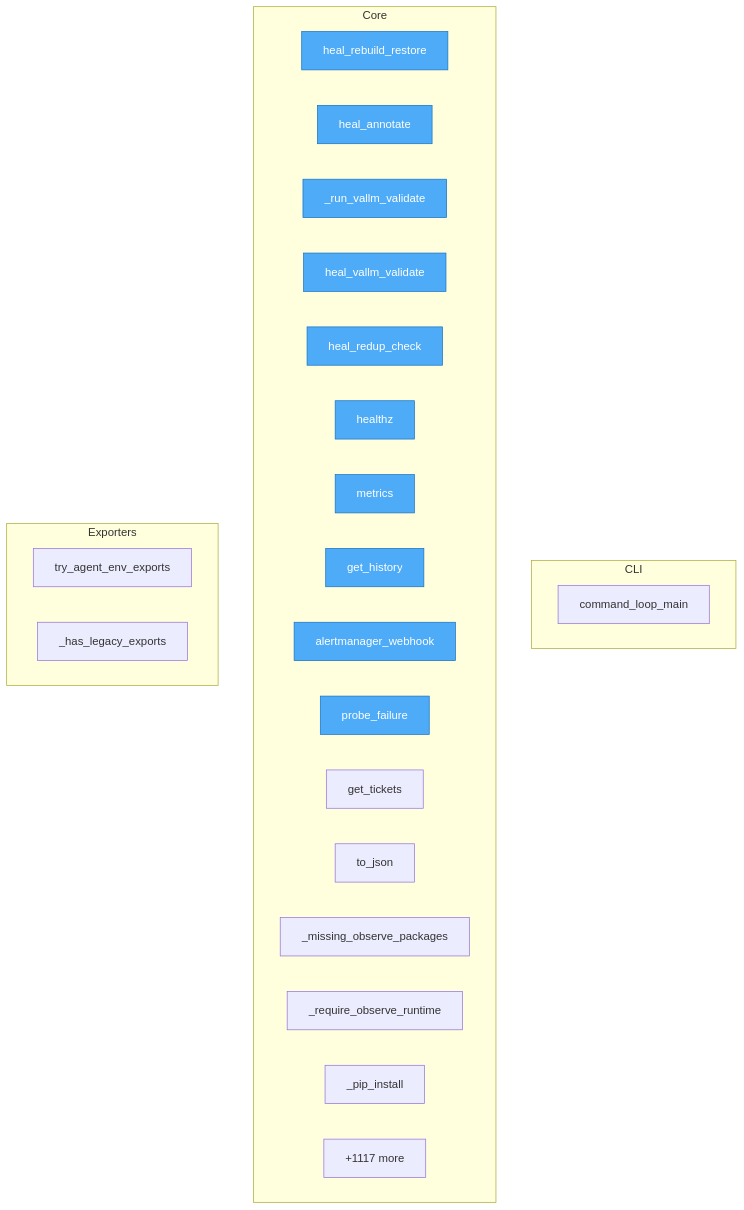
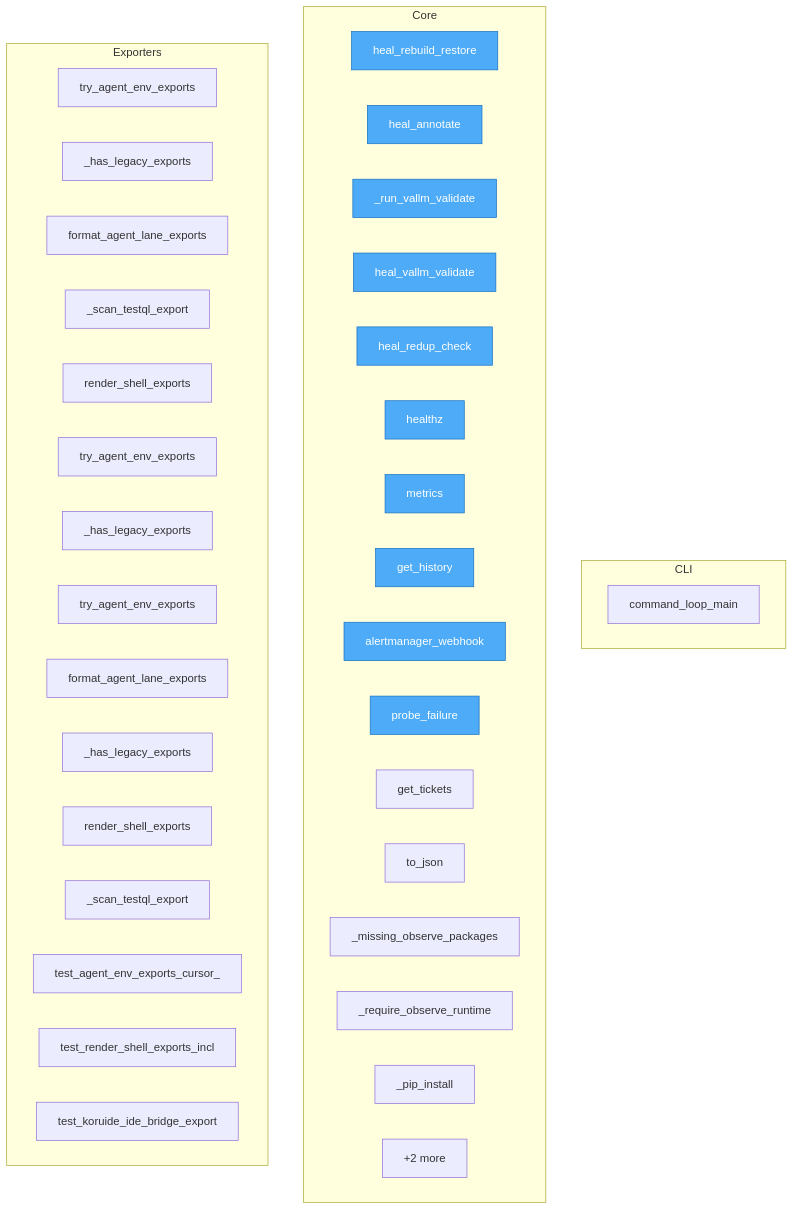
Before and after one commit to semcod/koru: the diagram in project/flow.mmd, drawn with Mermaid. The commit also changed 30 other files, not shown here.

```diff
--- a/project/flow.mmd
+++ b/project/flow.mmd
@@ -1,35 +1,48 @@
 flowchart TD
-%% generated in 0.09s
 
     %% Entry points (blue)
     classDef entry fill:#4dabf7,stroke:#1971c2,color:#fff
 
     subgraph CLI
         koru__cli_loop__command_loop_main["command_loop_main"]
     end
 
     subgraph Core
         services__healing_webhook__app__heal_rebuild_restore["heal_rebuild_restore"]
         services__healing_webhook__app__heal_annotate["heal_annotate"]
         services__healing_webhook__app___run_vallm_validate["_run_vallm_validate"]
         services__healing_webhook__app__heal_vallm_validate["heal_vallm_validate"]
         services__healing_webhook__app__heal_redup_check["heal_redup_check"]
         services__healing_webhook__app__healthz["healthz"]
         services__healing_webhook__app__metrics["metrics"]
         services__healing_webhook__app__get_history["get_history"]
         services__healing_webhook__app__alertmanager_webhook["alertmanager_webhook"]
         services__healing_webhook__app__probe_failure["probe_failure"]
         services__healing_webhook__app__get_tickets["get_tickets"]
         src__koruobserve__lifecycle__ObserveProcesses__to_json["to_json"]
         src__koruobserve__cli___missing_observe_packages["_missing_observe_packages"]
         src__koruobserve__cli___require_observe_runtime["_require_observe_runtime"]
         src__koruobserve__cli___pip_install["_pip_install"]
-        ...["+1117 more"]
+        ...["+6143 more"]
     end
 
     subgraph Exporters
         src__koru__agent_cli_helpers__try_agent_env_exports["try_agent_env_exports"]
         src__koru__cli___has_legacy_exports["_has_legacy_exports"]
+        code2llm_output__map__toon__format_agent_lane_exports["format_agent_lane_exports"]
+        code2llm_output__map__toon___scan_testql_export["_scan_testql_export"]
+        code2llm_output__map__toon__render_shell_exports["render_shell_exports"]
+        code2llm_output__map__toon__try_agent_env_exports["try_agent_env_exports"]
+        code2llm_output__map__toon___has_legacy_exports["_has_legacy_exports"]
+        project__map__toon__try_agent_env_exports["try_agent_env_exports"]
+        project__map__toon__format_agent_lane_exports["format_agent_lane_exports"]
+        project__map__toon___has_legacy_exports["_has_legacy_exports"]
+        project__map__toon__render_shell_exports["render_shell_exports"]
+        project__map__toon___scan_testql_export["_scan_testql_export"]
+        project__map__toon__test_agent_env_exports_cursor_lane["test_agent_env_exports_cursor_"]
+        project__map__toon__test_render_shell_exports_includes_koru_environment["test_render_shell_exports_incl"]
+        project__map__toon__test_koruide_ide_bridge_exports_legacy_symbols["test_koruide_ide_bridge_export"]
+        ...["+2 more"]
     end
 
     class services__healing_webhook__app__heal_rebuild_restore,services__healing_webhook__app__heal_annotate,services__healing_webhook__app___run_vallm_validate,services__healing_webhook__app__heal_vallm_validate,services__healing_webhook__app__heal_redup_check,services__healing_webhook__app__healthz,services__healing_webhook__app__metrics,services__healing_webhook__app__get_history,services__healing_webhook__app__alertmanager_webhook,services__healing_webhook__app__probe_failure entry
```
